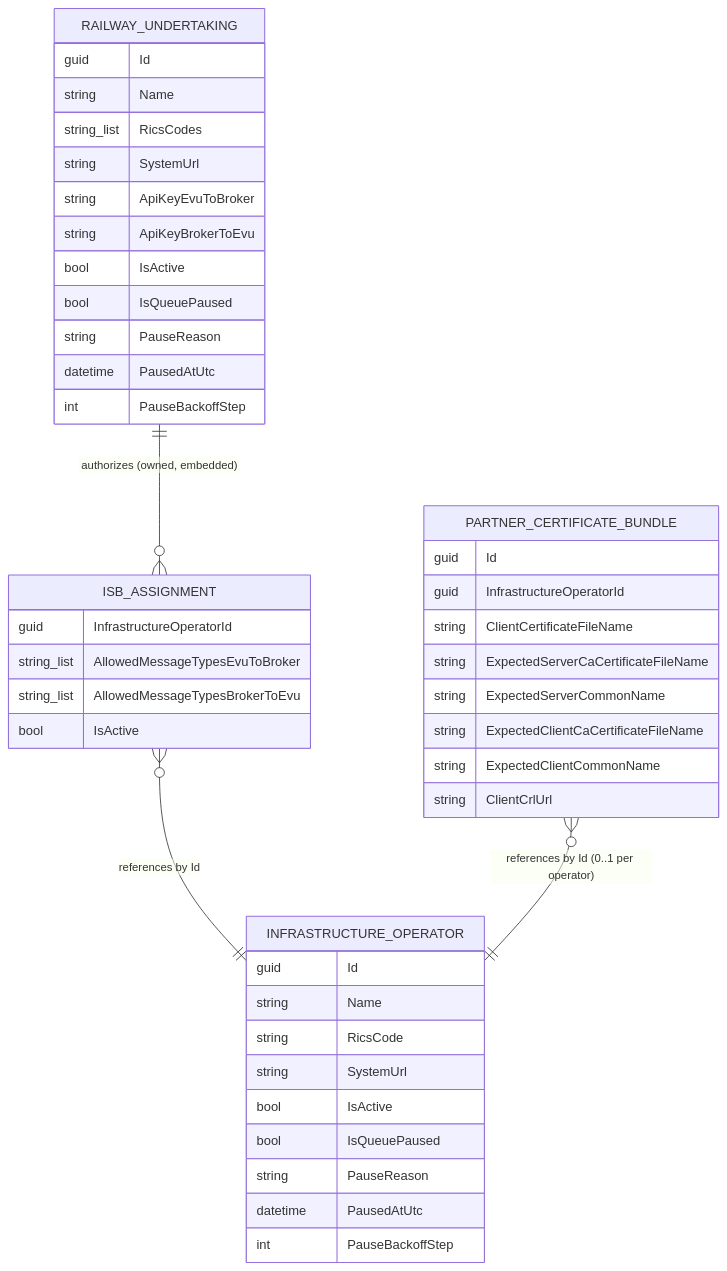
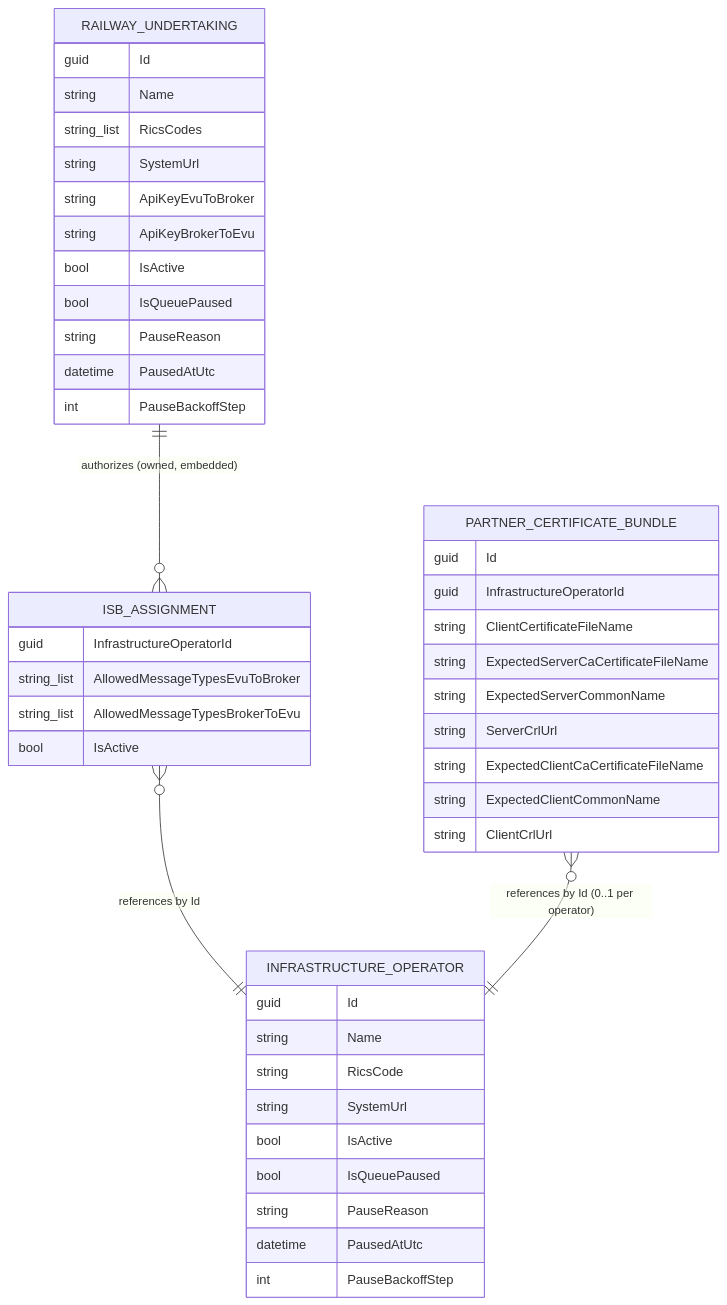
One commit to AmIHang/TsiBroker-V2 changed the diagram in wiki/Data-Model.md. Above: the diagram before and after it, drawn with Mermaid. The commit also changed other lines of this file and 12 other files, not shown here.

Commit message:
feat: validate CA trust and CRL revocation for outbound partner server certificates

````diff
--- a/wiki/Data-Model.md
+++ b/wiki/Data-Model.md
@@ -5,51 +5,52 @@
 ```mermaid
 erDiagram
     RAILWAY_UNDERTAKING ||--o{ ISB_ASSIGNMENT : "authorizes (owned, embedded)"
     ISB_ASSIGNMENT }o--|| INFRASTRUCTURE_OPERATOR : "references by Id"
 
     RAILWAY_UNDERTAKING {
         guid Id
         string Name
         string_list RicsCodes
         string SystemUrl
         string ApiKeyEvuToBroker
         string ApiKeyBrokerToEvu
         bool IsActive
         bool IsQueuePaused
         string PauseReason
         datetime PausedAtUtc
         int PauseBackoffStep
     }
 
     ISB_ASSIGNMENT {
         guid InfrastructureOperatorId
         string_list AllowedMessageTypesEvuToBroker
         string_list AllowedMessageTypesBrokerToEvu
         bool IsActive
     }
 
     INFRASTRUCTURE_OPERATOR {
         guid Id
         string Name
         string RicsCode
         string SystemUrl
         bool IsActive
         bool IsQueuePaused
         string PauseReason
         datetime PausedAtUtc
         int PauseBackoffStep
     }
 
     PARTNER_CERTIFICATE_BUNDLE }o--|| INFRASTRUCTURE_OPERATOR : "references by Id (0..1 per operator)"
 
     PARTNER_CERTIFICATE_BUNDLE {
         guid Id
         guid InfrastructureOperatorId
         string ClientCertificateFileName
         string ExpectedServerCaCertificateFileName
         string ExpectedServerCommonName
+        string ServerCrlUrl
         string ExpectedClientCaCertificateFileName
         string ExpectedClientCommonName
         string ClientCrlUrl
     }
 ```
````
